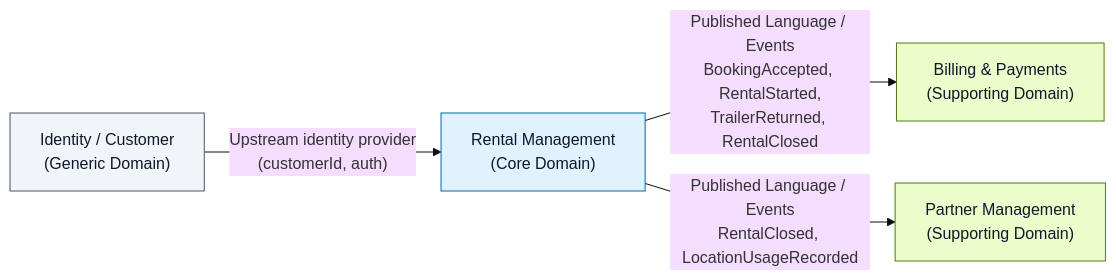
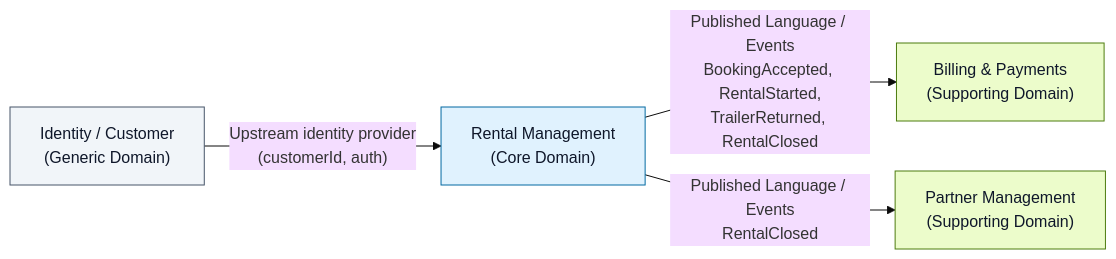
The diagram in docs/diagrams/context-map.mmd (VivekNagra/SystemIntegrationOLA3), drawn with Mermaid (base theme) before and after one commit. The commit also changed 1 other file, not shown here.

Commit message:
Refine diagram annotations in C4 container and context map: clarify billing event subscriptions and published language/events for better understanding of service interactions.

```diff
--- a/docs/diagrams/context-map.mmd
+++ b/docs/diagrams/context-map.mmd
@@ -1,16 +1,16 @@
 flowchart LR
   %% Bounded Contexts
   ID["Identity / Customer\n(Generic Domain)"]:::generic
   RENTAL["Rental Management\n(Core Domain)"]:::core
   BILL["Billing & Payments\n(Supporting Domain)"]:::support
   PARTNER["Partner Management\n(Supporting Domain)"]:::support
 
   %% Relationships (Context Map)
   ID -->|"Upstream identity provider\n(customerId, auth)"| RENTAL
   RENTAL -->|"Published Language / Events\nBookingAccepted, RentalStarted,\nTrailerReturned, RentalClosed"| BILL
-  RENTAL -->|"Published Language / Events\nRentalClosed, LocationUsageRecorded"| PARTNER
+  RENTAL -->|"Published Language / Events\nRentalClosed"| PARTNER
 
   %% Styling
   classDef core fill:#e0f2fe,stroke:#0369a1,color:#0f172a;
   classDef support fill:#ecfccb,stroke:#4d7c0f,color:#0f172a;
   classDef generic fill:#f1f5f9,stroke:#475569,color:#0f172a;
```
